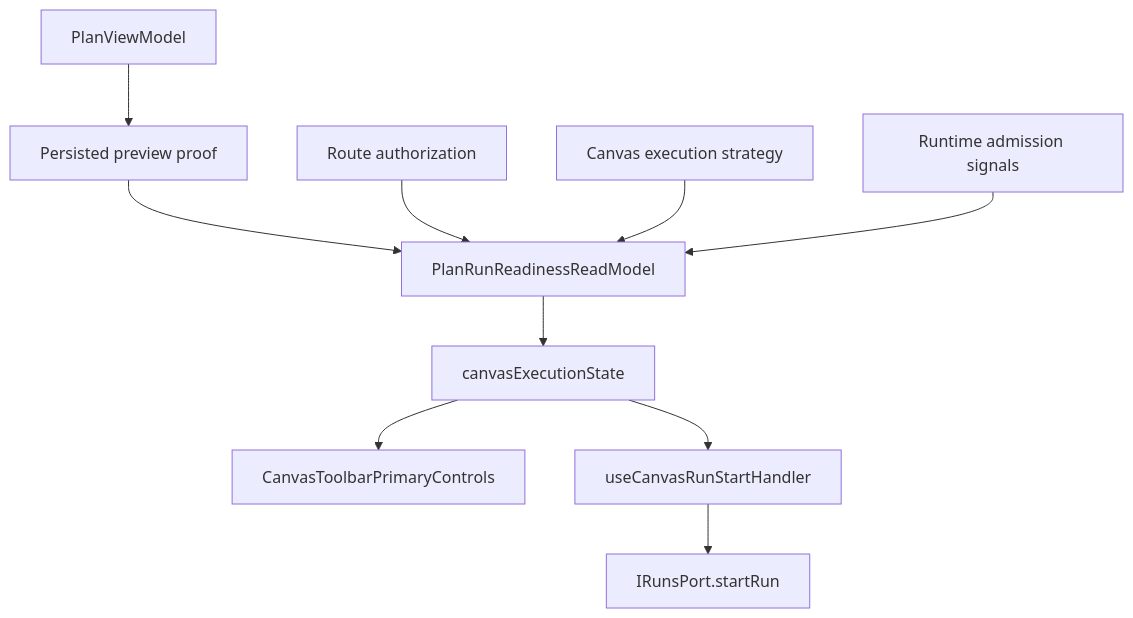
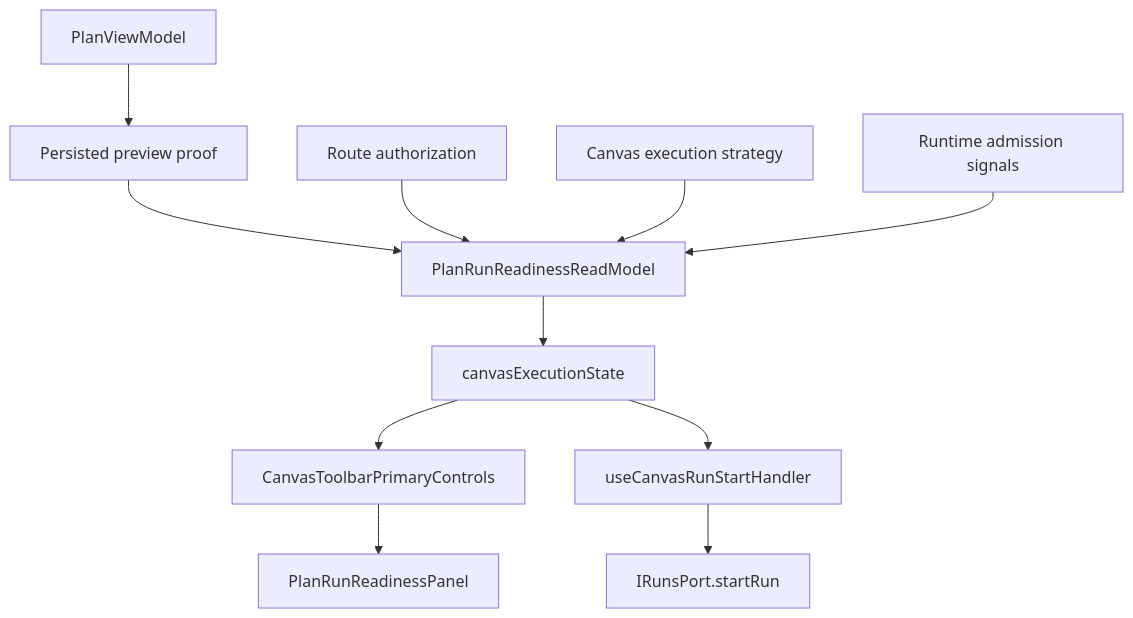
One commit to dunay2/dvt changed the second of 3 diagrams in docs/architecture/components/web/graph/canvas-plan-run-readiness-component.md. Above: the diagram before and after it, drawn with Mermaid. The commit also changed other lines of this file and 27 other files, not shown here.

Commit message:
feat(web): Expose canvas run readiness diagnostics

````diff
--- a/docs/architecture/components/web/graph/canvas-plan-run-readiness-component.md
+++ b/docs/architecture/components/web/graph/canvas-plan-run-readiness-component.md
@@ -85,21 +87,22 @@
 ```mermaid
 flowchart TB
   Plan["PlanViewModel"]
   Preview["Persisted preview proof"]
   Auth["Route authorization"]
   Strategy["Canvas execution strategy"]
   Runtime["Runtime admission signals"]
   Readiness["PlanRunReadinessReadModel"]
   State["canvasExecutionState"]
+  Panel["PlanRunReadinessPanel"]
   Toolbar["CanvasToolbarPrimaryControls"]
   StartRun["useCanvasRunStartHandler"]
   RunsPort["IRunsPort.startRun"]
 
   Plan --> Preview --> Readiness
   Auth --> Readiness
   Strategy --> Readiness
   Runtime --> Readiness
   Readiness --> State
-  State --> Toolbar
+  State --> Toolbar --> Panel
   State --> StartRun --> RunsPort
 ```
````
